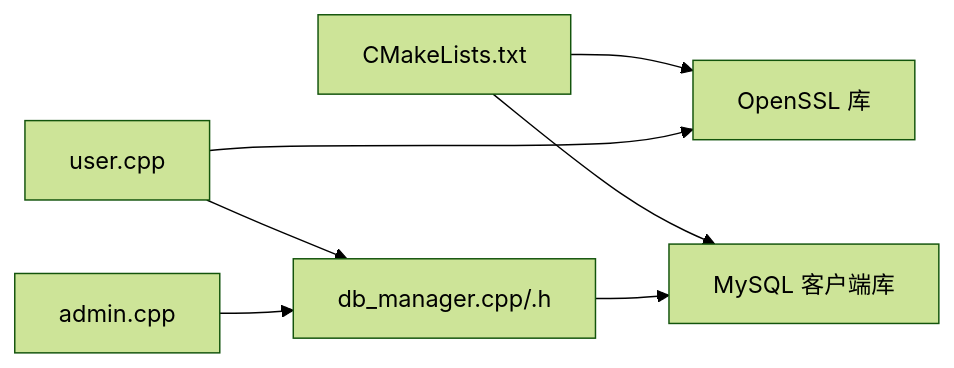
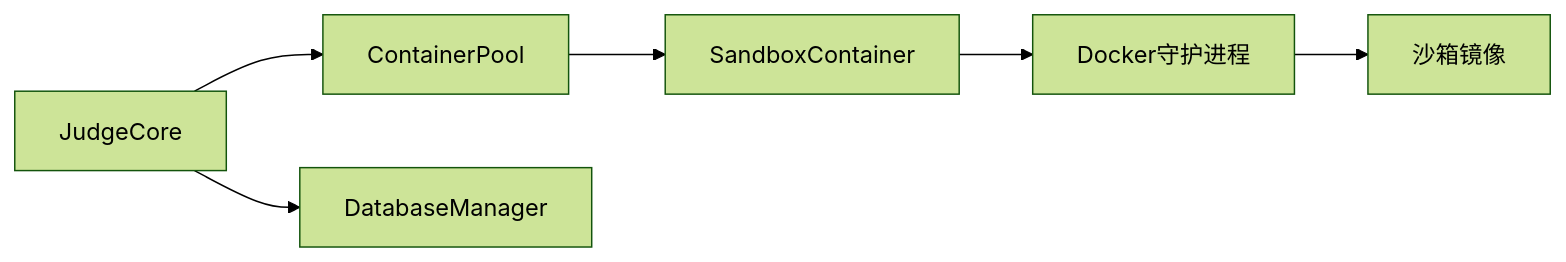
Before and after one commit to jinpeng900/OJ-Test: the sixth of 6 diagrams in .qoder/repowiki/zh/content/安全设计/安全设计.md, drawn with Mermaid (forest theme). The commit also changed other lines of this file and 126 other files, not shown here.

````diff
--- a/.qoder/repowiki/zh/content/安全设计/安全设计.md
+++ b/.qoder/repowiki/zh/content/安全设计/安全设计.md
@@ -255,9 +329,8 @@
 ```mermaid
 graph LR
-CMake["CMakeLists.txt"] --> MYSQL["MySQL 客户端库"]
-CMake --> OSSL["OpenSSL 库"]
-USER["user.cpp"] --> OSSL
-USER --> DBM["db_manager.cpp/.h"]
-ADMIN["admin.cpp"] --> DBM
-DBM --> MYSQL
+JC["JudgeCore"] --> CP["ContainerPool"]
+CP --> SC["SandboxContainer"]
+SC --> DKR["Docker守护进程"]
+DKR --> IMG["沙箱镜像"]
+JC --> DB["DatabaseManager"]
 ```
````
